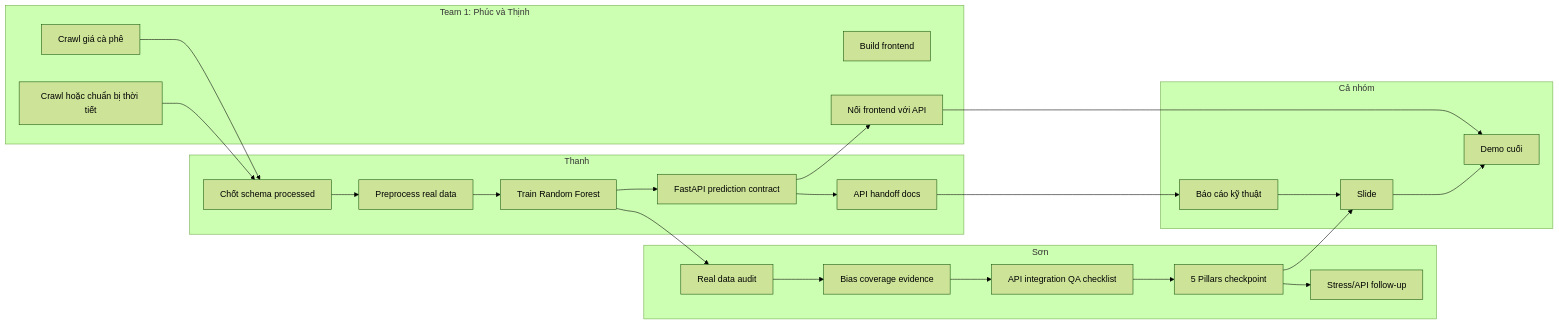
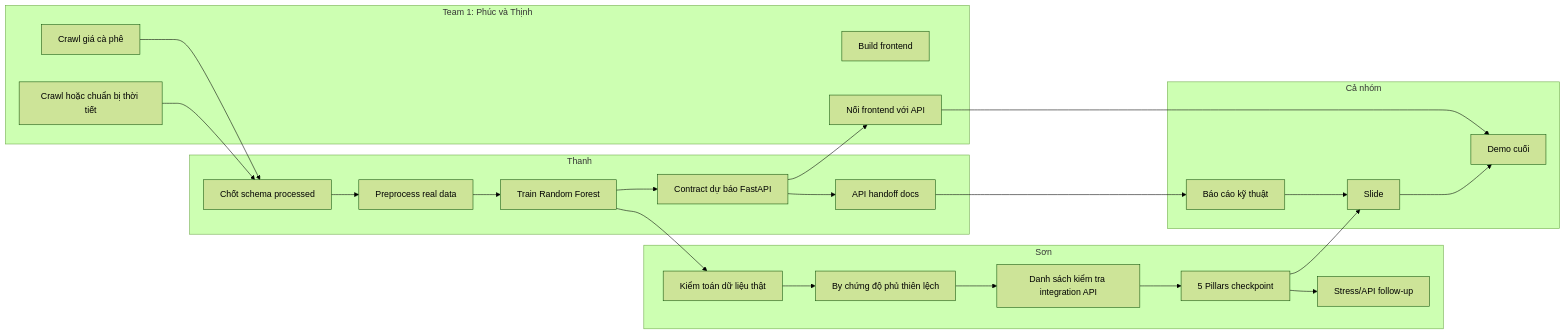
Before and after one commit to uit-25730067-chithanh/AI002-Team22-DT10: the fifth of 7 diagrams in docs/discussions/2026-05-13-team-data-flow-roadmap.md, drawn with Mermaid (forest theme). The commit also changed other lines of this file and 6 other files, not shown here.

````diff
--- a/docs/discussions/2026-05-13-team-data-flow-roadmap.md
+++ b/docs/discussions/2026-05-13-team-data-flow-roadmap.md
@@ -109,40 +109,40 @@
 ```mermaid
 flowchart LR
     subgraph T1[Team 1: Phúc và Thịnh]
         A[Crawl giá cà phê]
         B[Crawl hoặc chuẩn bị thời tiết]
         C[Build frontend]
         D[Nối frontend với API]
     end
 
     subgraph T2A[Thanh]
         E[Chốt schema processed]
         F[Preprocess real data]
         G[Train Random Forest]
-        H[FastAPI prediction contract]
+        H[Contract dự báo FastAPI]
         I[API handoff docs]
     end
 
     subgraph T2B[Sơn]
-        J[Real data audit]
-        K[Bias coverage evidence]
-        L[API integration QA checklist]
+        J[Kiểm toán dữ liệu thật]
+        K[By chứng độ phủ thiên lệch]
+        L[Danh sách kiểm tra integration API]
         M[5 Pillars checkpoint]
         Q[Stress/API follow-up]
     end
 
     subgraph ALL[Cả nhóm]
         N[Báo cáo kỹ thuật]
         O[Slide]
         P[Demo cuối]
     end
 
     A --> E
     B --> E
     E --> F --> G --> H --> D
     G --> J --> K --> L --> M --> Q
     H --> I --> N
     D --> P
     M --> O
     N --> O --> P
 ```
````
